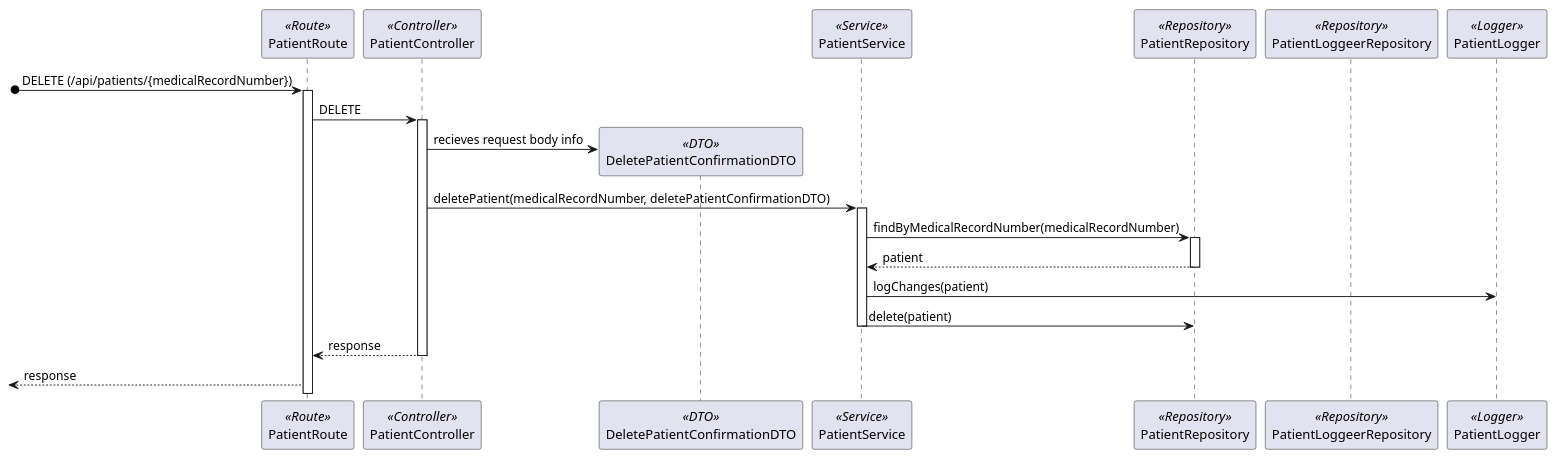
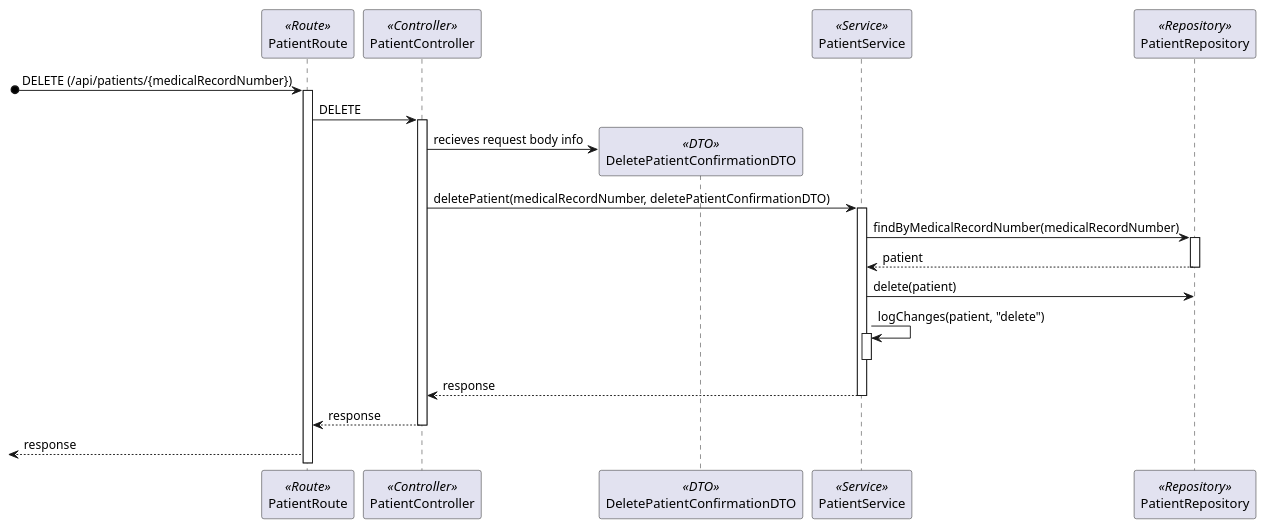
The diagram in docs/Sprint_1/US_5.1.10/L3/Process_View.puml (Rodrick0209/ISEP-SEM5PI-24-25), drawn with PlantUML before and after one commit. The commit also changed 15 other files, not shown here.

Commit message:
US 5.1.8-5.1.11 / 5.1.3-5.1.5 All diagrams updated for better compreehension #4 #5 #6 #9 #10 #11 #12

```diff
--- a/docs/Sprint_1/US_5.1.10/L3/Process_View.puml
+++ b/docs/Sprint_1/US_5.1.10/L3/Process_View.puml
@@ -2,27 +2,26 @@
 @startuml Process_View
 participant PatientRoute as Route <<Route>>
 participant PatientController as Controller <<Controller>>
 participant DeletePatientConfirmationDTO as DTO <<DTO>>
 participant PatientService as Service <<Service>>
 participant PatientRepository as Repository <<Repository>>
-participant PatientLoggeerRepository as LoggerRepository <<Repository>>
-participant PatientLogger as Logger <<Logger>>
 [o-> Route: DELETE (/api/patients/{medicalRecordNumber})
 activate Route
 Route -> Controller : DELETE
 activate Controller
 Controller -> DTO** : recieves request body info
 Controller -> Service : deletePatient(medicalRecordNumber, deletePatientConfirmationDTO)
 activate Service
 Service -> Repository : findByMedicalRecordNumber(medicalRecordNumber)
 activate Repository
 return patient
-Service -> Logger : logChanges(patient)
 Service -> Repository : delete(patient)
-deactivate Repository
+Service -> Service : logChanges(patient, "delete")
+activate Service
 deactivate Service
-Controller --> Route : response
+return response
+return response
 deactivate Controller
 <-- Route : response
 
 @enduml
```
